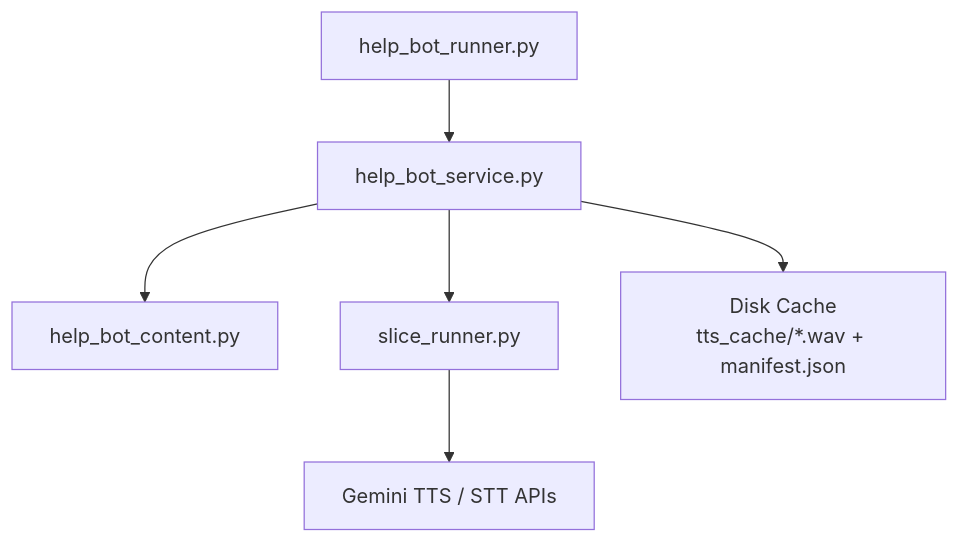
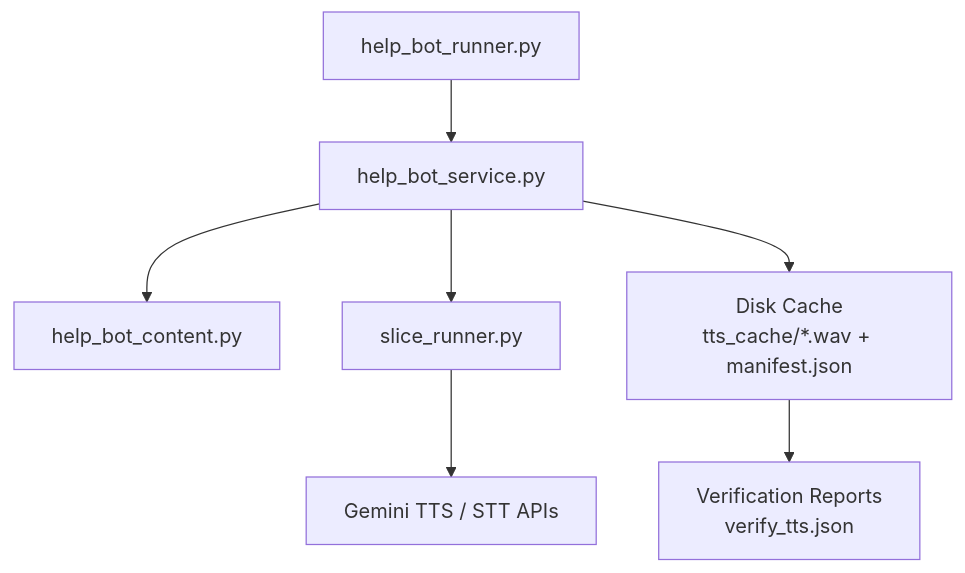
The first of 9 diagrams in .qoder/repowiki/en/content/Responder Help Bot/Text-to-Speech & Audio Playback.md (M-Rumman/LifeLine-Ride), drawn with Mermaid before and after one commit. The commit also changed other lines of this file and 4121 other files, not shown here.

````diff
--- a/.qoder/repowiki/en/content/Responder Help Bot/Text-to-Speech & Audio Playback.md
+++ b/.qoder/repowiki/en/content/Responder Help Bot/Text-to-Speech & Audio Playback.md
@@ -39,8 +51,9 @@
 ```mermaid
 graph TB
 A["help_bot_runner.py"] --> B["help_bot_service.py"]
 B --> C["help_bot_content.py"]
 B --> D["slice_runner.py"]
 B --> E["Disk Cache<br/>tts_cache/*.wav + manifest.json"]
 D --> F["Gemini TTS / STT APIs"]
+E --> G["Verification Reports<br/>verify_tts.json"]
 ```
````
